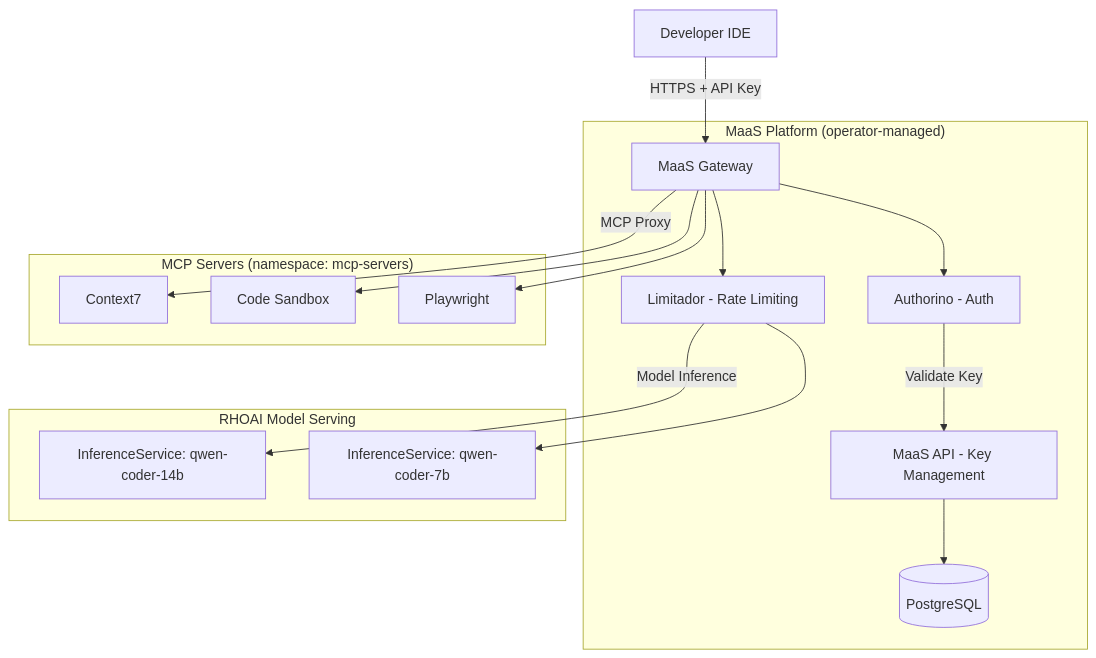
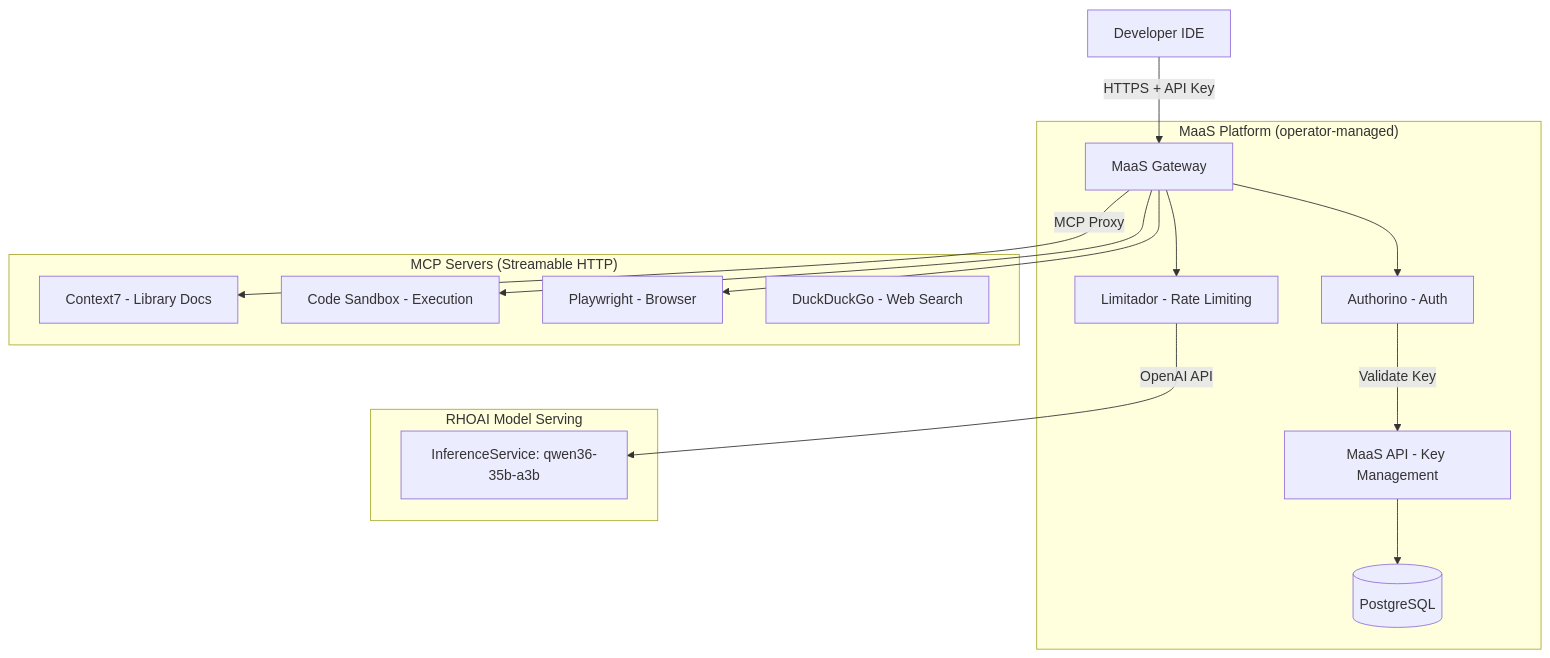
The third of 3 diagrams in 2_ai_gateway/1_maas_overview.md (hyogrin/rhoai-coding-assistant-lab), drawn with Mermaid before and after one commit. The commit also changed 8 other files, not shown here.

Commit message:
add DuckDuckGo MCP server

````diff
--- a/2_ai_gateway/1_maas_overview.md
+++ b/2_ai_gateway/1_maas_overview.md
@@ -47,32 +47,31 @@
 ```mermaid
 flowchart TB
     subgraph "MaaS Platform (operator-managed)"
         Gateway[MaaS Gateway]
         Authorino[Authorino - Auth]
         Limitador[Limitador - Rate Limiting]
         MaaSAPI[MaaS API - Key Management]
         PG[(PostgreSQL)]
         MaaSAPI --> PG
     end
 
     subgraph "RHOAI Model Serving"
-        IS1[InferenceService: qwen-coder-14b]
-        IS2[InferenceService: qwen-coder-7b]
+        IS1[InferenceService: qwen36-35b-a3b]
     end
 
-    subgraph "MCP Servers (namespace: mcp-servers)"
-        MCP1[Context7]
-        MCP2[Code Sandbox]
-        MCP3[Playwright]
+    subgraph "MCP Servers (Streamable HTTP)"
+        MCP1[Context7 - Library Docs]
+        MCP2[Code Sandbox - Execution]
+        MCP3[Playwright - Browser]
+        MCP4[DuckDuckGo - Web Search]
     end
 
     IDE[Developer IDE] -->|HTTPS + API Key| Gateway
     Gateway --> Authorino
     Authorino -->|Validate Key| MaaSAPI
     Gateway --> Limitador
-    Limitador -->|Model Inference| IS1
-    Limitador --> IS2
+    Limitador -->|OpenAI API| IS1
     Gateway -->|MCP Proxy| MCP1
     Gateway --> MCP2
     Gateway --> MCP3
 ```
````
